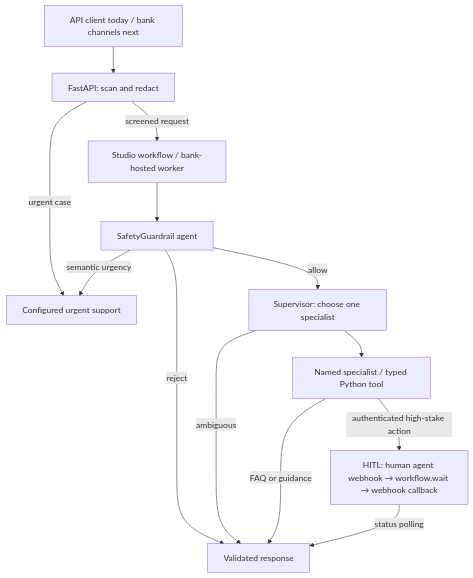
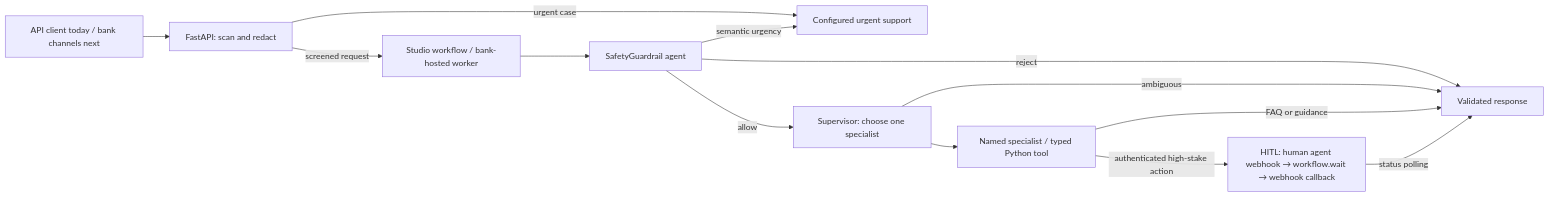
Before and after one commit to itarafdar/hdfc_mistral_mvp: the first of 2 diagrams in README.md, drawn with Mermaid. The commit also changed other lines of this file, not shown here.

````diff
--- a/README.md
+++ b/README.md
@@ -13,15 +13,15 @@
 ```mermaid
-flowchart TD
+flowchart LR
     A[API client today / bank channels next] --> B[FastAPI: scan and redact]
     B -->|urgent case| U[Configured urgent support]
     B -->|screened request| W[Studio workflow / bank-hosted worker]
     W --> G[SafetyGuardrail agent]
     G -->|semantic urgency| U
     G -->|allow| S[Supervisor: choose one specialist]
     G -->|reject| R[Validated response]
     S -->|ambiguous| R
     S --> C[Named specialist / typed Python tool]
     C -->|FAQ or guidance| R
     C -->|authenticated high-stake action| H["HITL: human agent webhook → workflow.wait → webhook callback"]
     H -->|status polling| R
 ```
````
